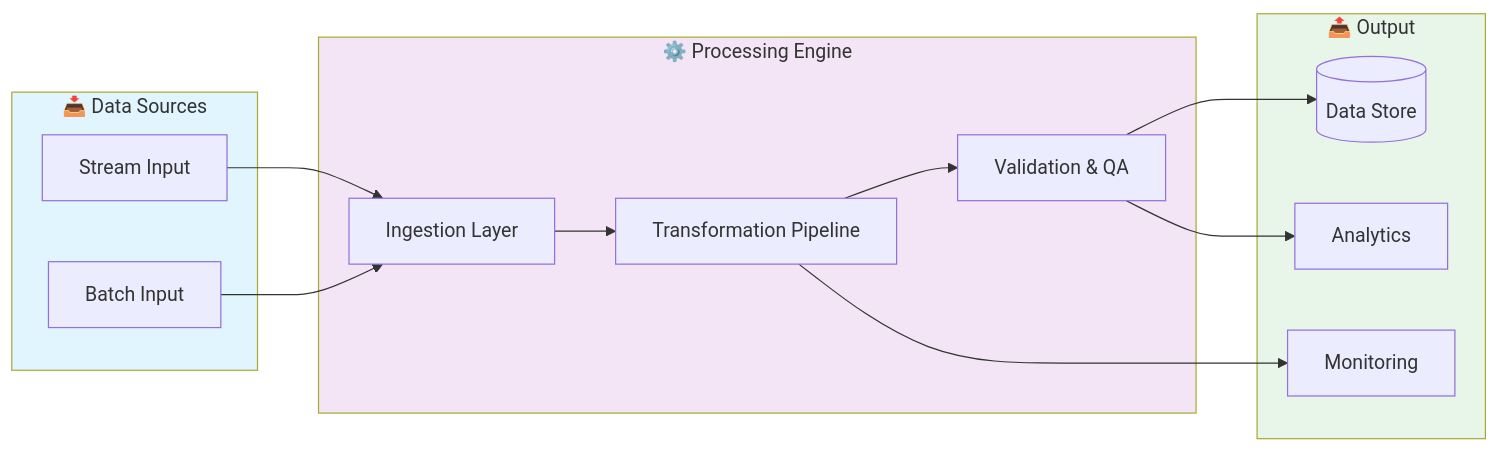
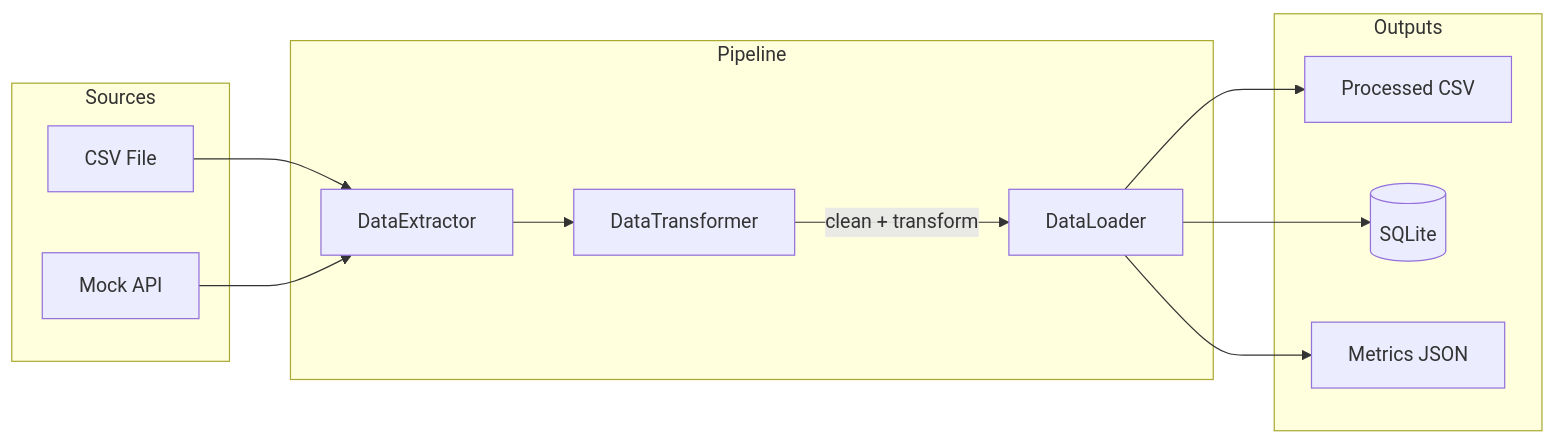
Before and after one commit to galafis/Modern-ETL-Pipeline: the second of 2 diagrams in README.md, drawn with Mermaid. The commit also changed other lines of this file and 3 other files, not shown here.

````diff
--- a/README.md
+++ b/README.md
@@ -161,30 +139,27 @@
 ```mermaid
 graph LR
-    subgraph Input["📥 Data Sources"]
-        A[Stream Input]
-        B[Batch Input]
+    subgraph Sources
+        CSV[CSV File]
+        API[Mock API]
     end
-    
-    subgraph Processing["⚙️ Processing Engine"]
-        C[Ingestion Layer]
-        D[Transformation Pipeline]
-        E[Validation & QA]
+
+    subgraph Pipeline
+        EX[DataExtractor]
+        TR[DataTransformer]
+        LD[DataLoader]
     end
-    
-    subgraph Output["📤 Output"]
-        F[(Data Store)]
-        G[Analytics]
-        H[Monitoring]
+
+    subgraph Outputs
+        OCSV[Processed CSV]
+        DB[(SQLite)]
+        MET[Metrics JSON]
     end
-    
-    A --> C
-    B --> C
-    C --> D --> E
-    E --> F
-    E --> G
-    D --> H
-    
-    style Input fill:#e1f5fe
-    style Processing fill:#f3e5f5
-    style Output fill:#e8f5e9
+
+    CSV --> EX
+    API --> EX
+    EX --> TR
+    TR -->|clean + transform| LD
+    LD --> OCSV
+    LD --> DB
+    LD --> MET
 ```
````
